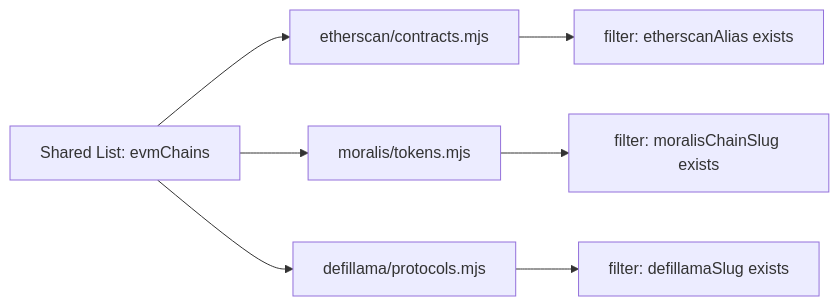
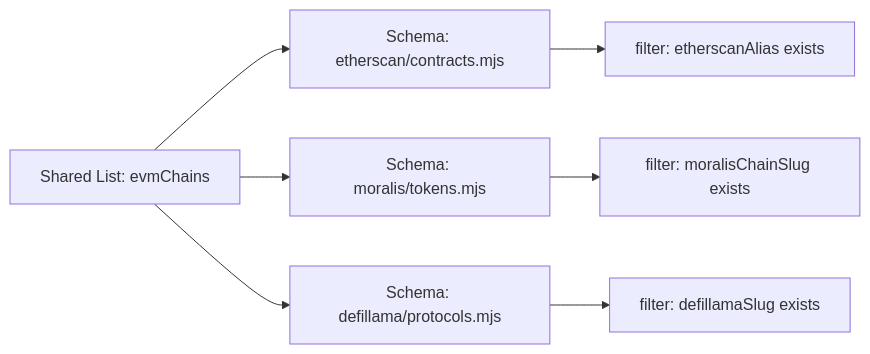
Before and after one commit to FlowMCP/flowmcp.github.io: the first of 3 diagrams in src/content/docs/specification/shared-lists.md, drawn with Mermaid. The commit also changed other lines of this file and 45 other files, not shown here.

````diff
--- a/src/content/docs/specification/shared-lists.md
+++ b/src/content/docs/specification/shared-lists.md
@@ -23,9 +36,9 @@
 ```mermaid
 flowchart LR
-    A[Shared List: evmChains] --> B[etherscan/contracts.mjs]
-    A --> C[moralis/tokens.mjs]
-    A --> D[defillama/protocols.mjs]
-    B --> E["filter: etherscanAlias exists"]
-    C --> F["filter: moralisChainSlug exists"]
-    D --> G["filter: defillamaSlug exists"]
+    A[Shared List: evmChains] --> B[Schema: etherscan/contracts.mjs]
+    A --> C[Schema: moralis/tokens.mjs]
+    A --> D[Schema: defillama/protocols.mjs]
+    B --> E[filter: etherscanAlias exists]
+    C --> F[filter: moralisChainSlug exists]
+    D --> G[filter: defillamaSlug exists]
 ```
````
